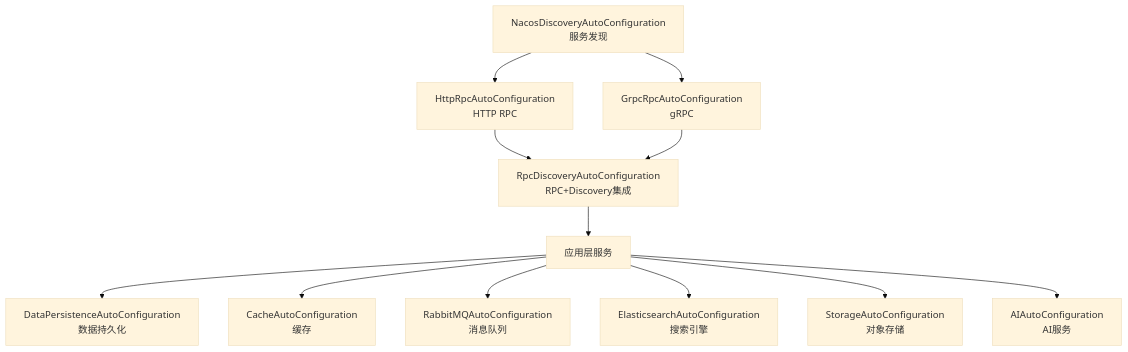
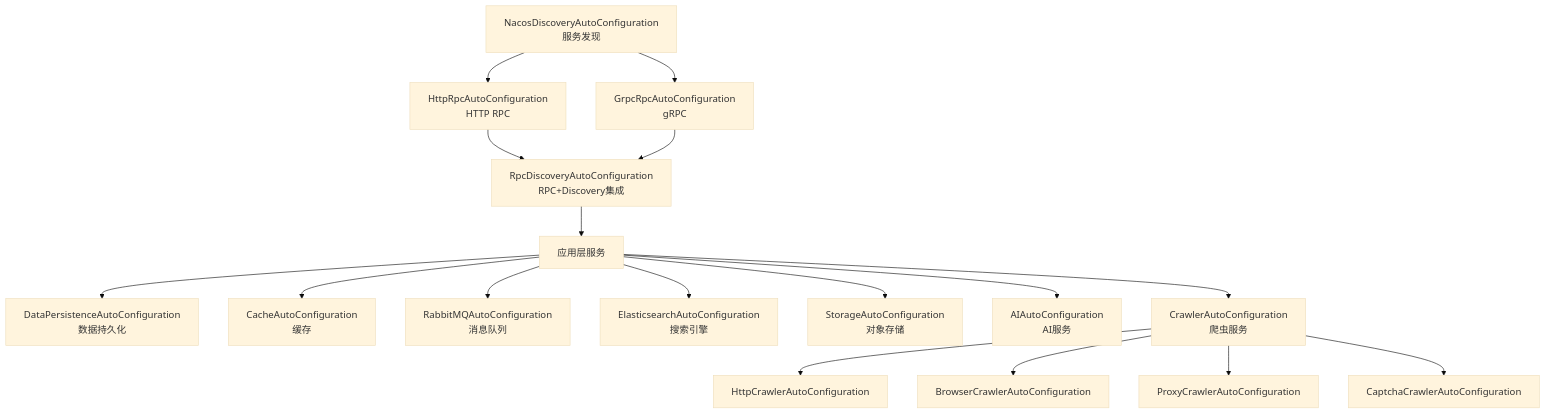
Before and after one commit to gOODiDEA2002/nebula: the first of 2 diagrams in docs/Nebula框架使用指南.md, drawn with Mermaid (base theme). The commit also changed other lines of this file and 150 other files, not shown here.

````diff
--- a/docs/Nebula框架使用指南.md
+++ b/docs/Nebula框架使用指南.md
@@ -58,14 +64,19 @@
 ```mermaid
 flowchart TD
     A[NacosDiscoveryAutoConfiguration<br/>服务发现] --> B[HttpRpcAutoConfiguration<br/>HTTP RPC]
     A --> C[GrpcRpcAutoConfiguration<br/>gRPC]
     B --> D[RpcDiscoveryAutoConfiguration<br/>RPC+Discovery集成]
     C --> D
     D --> E[应用层服务]
     E --> F[DataPersistenceAutoConfiguration<br/>数据持久化]
     E --> G[CacheAutoConfiguration<br/>缓存]
     E --> H[RabbitMQAutoConfiguration<br/>消息队列]
     E --> I[ElasticsearchAutoConfiguration<br/>搜索引擎]
     E --> J[StorageAutoConfiguration<br/>对象存储]
     E --> K[AIAutoConfiguration<br/>AI服务]
+    E --> L[CrawlerAutoConfiguration<br/>爬虫服务]
+    L --> L1[HttpCrawlerAutoConfiguration]
+    L --> L2[BrowserCrawlerAutoConfiguration]
+    L --> L3[ProxyCrawlerAutoConfiguration]
+    L --> L4[CaptchaCrawlerAutoConfiguration]
 ```
````
